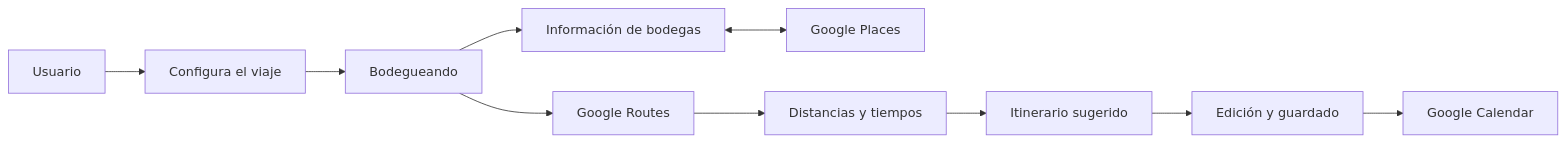
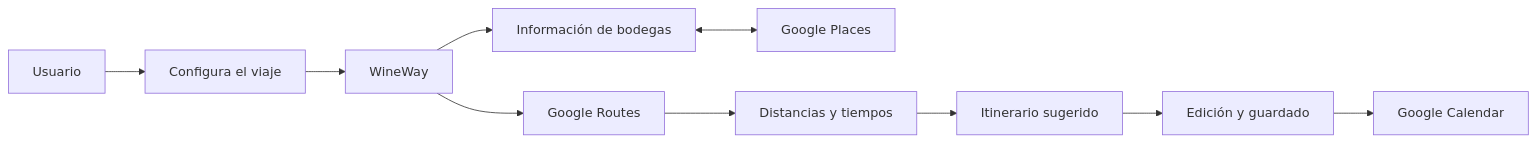
Before and after one commit to vitogiaquinta14/WineWay: the second of 3 diagrams in wiki/04-apis-e-integraciones.md, drawn with Mermaid. The commit also changed other lines of this file and 8 other files, not shown here.

Commit message:
Unifica el nombre WineWay en la app y la wiki

````diff
--- a/wiki/04-apis-e-integraciones.md
+++ b/wiki/04-apis-e-integraciones.md
@@ -336,12 +336,12 @@
 ```mermaid
 flowchart LR
     U[Usuario] --> CONFIG[Configura el viaje]
-    CONFIG --> APP[Bodegueando]
+    CONFIG --> APP[WineWay]
     APP --> DATA[Información de bodegas]
     DATA <--> PLACES[Google Places]
     APP --> ROUTES[Google Routes]
     ROUTES --> GEO[Distancias y tiempos]
     GEO --> PLAN[Itinerario sugerido]
     PLAN --> EDIT[Edición y guardado]
     EDIT --> CAL[Google Calendar]
 ```
````
